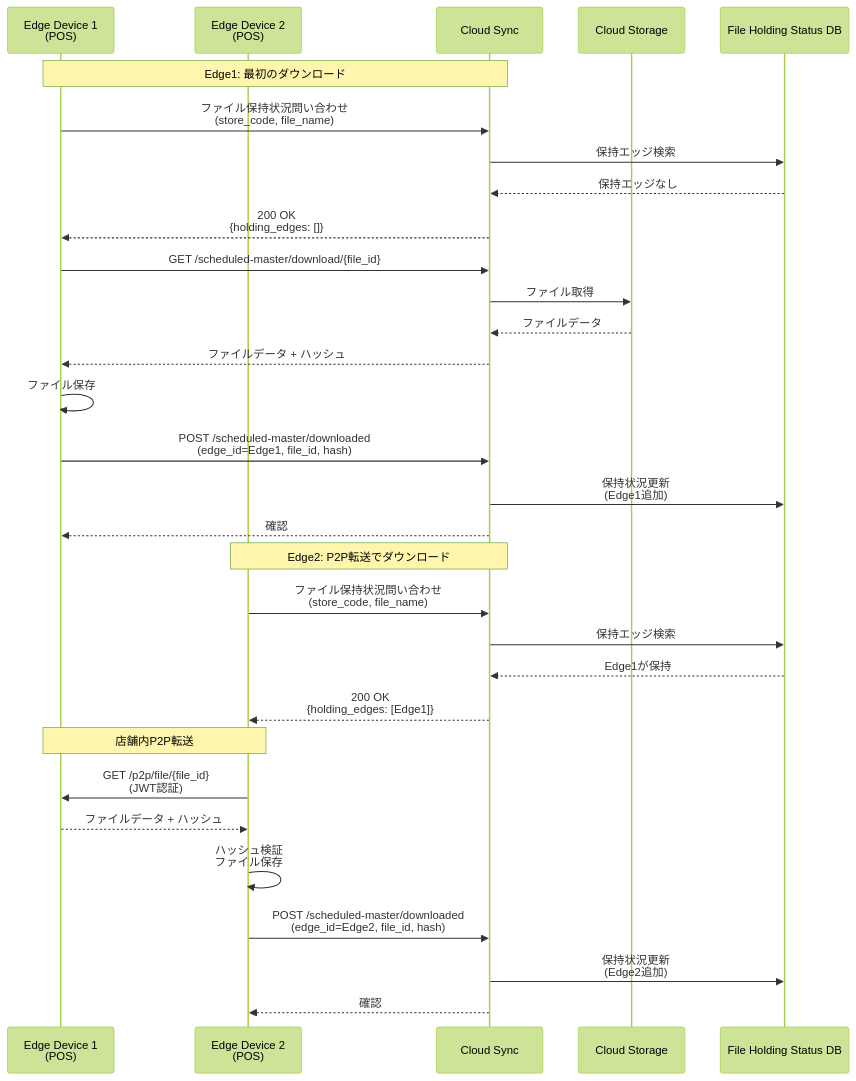
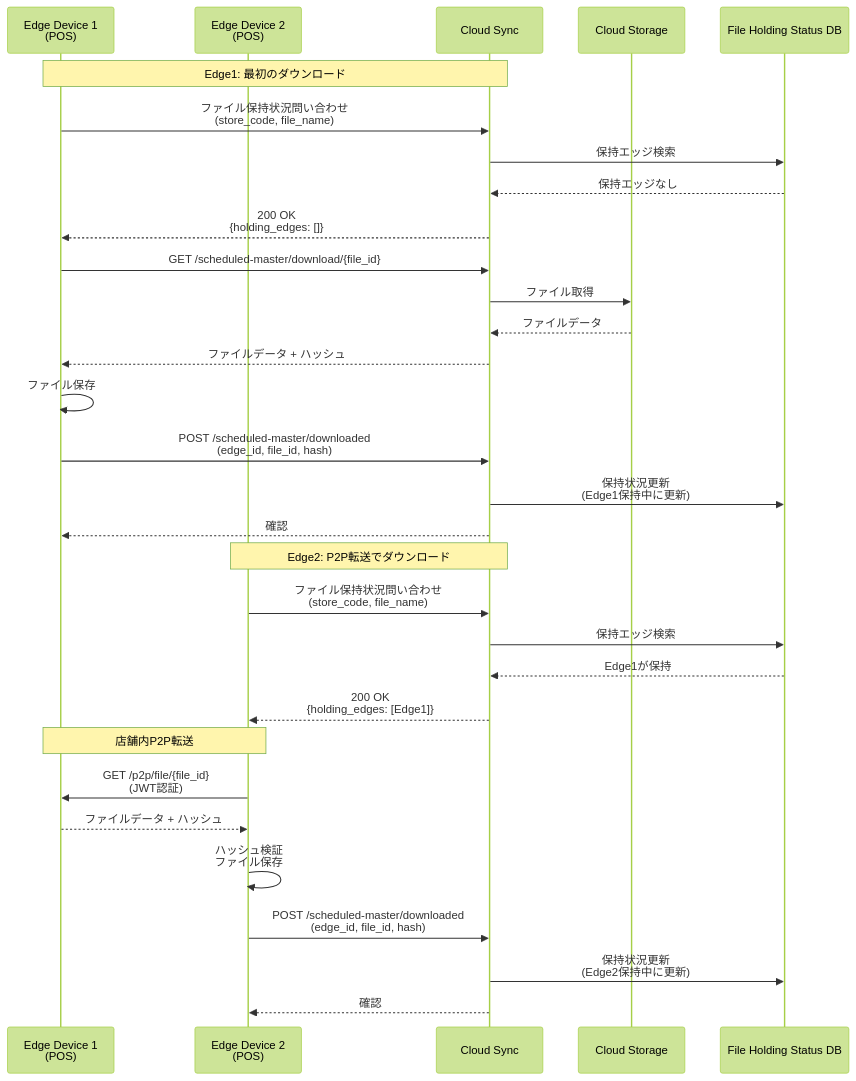
One commit to gaocuiping/kugelpos-stpos-docs-new changed diagram 14 of 22 in notes/1-sync/03_アーキテクチャー解説書.md. Above: the diagram before and after it, drawn with Mermaid (forest theme). The commit also changed other lines of this file and 2 other files, not shown here.

First line of the commit message:
Add master data integrity check and update edge_id naming convention

````diff
--- a/notes/1-sync/03_アーキテクチャー解説書.md
+++ b/notes/1-sync/03_アーキテクチャー解説書.md
@@ -373,46 +571,46 @@
 ```mermaid
 sequenceDiagram
     participant Edge1 as Edge Device 1<br/>(POS)
     participant Edge2 as Edge Device 2<br/>(POS)
     participant CloudSync as Cloud Sync
     participant CloudStorage as Cloud Storage
     participant FileHoldingDB as File Holding Status DB
 
     Note over Edge1,CloudSync: Edge1: 最初のダウンロード
 
     Edge1->>CloudSync: ファイル保持状況問い合わせ<br/>(store_code, file_name)
     CloudSync->>FileHoldingDB: 保持エッジ検索
     FileHoldingDB-->>CloudSync: 保持エッジなし
 
     CloudSync-->>Edge1: 200 OK<br/>{holding_edges: []}
 
     Edge1->>CloudSync: GET /scheduled-master/download/{file_id}
     CloudSync->>CloudStorage: ファイル取得
     CloudStorage-->>CloudSync: ファイルデータ
     CloudSync-->>Edge1: ファイルデータ + ハッシュ
 
     Edge1->>Edge1: ファイル保存
 
-    Edge1->>CloudSync: POST /scheduled-master/downloaded<br/>(edge_id=Edge1, file_id, hash)
-    CloudSync->>FileHoldingDB: 保持状況更新<br/>(Edge1追加)
+    Edge1->>CloudSync: POST /scheduled-master/downloaded<br/>(edge_id, file_id, hash)
+    CloudSync->>FileHoldingDB: 保持状況更新<br/>(Edge1保持中に更新)
     CloudSync-->>Edge1: 確認
 
     Note over Edge2,CloudSync: Edge2: P2P転送でダウンロード
 
     Edge2->>CloudSync: ファイル保持状況問い合わせ<br/>(store_code, file_name)
     CloudSync->>FileHoldingDB: 保持エッジ検索
     FileHoldingDB-->>CloudSync: Edge1が保持
 
     CloudSync-->>Edge2: 200 OK<br/>{holding_edges: [Edge1]}
 
     Note over Edge2,Edge1: 店舗内P2P転送
 
     Edge2->>Edge1: GET /p2p/file/{file_id}<br/>(JWT認証)
     Edge1-->>Edge2: ファイルデータ + ハッシュ
 
     Edge2->>Edge2: ハッシュ検証<br/>ファイル保存
 
-    Edge2->>CloudSync: POST /scheduled-master/downloaded<br/>(edge_id=Edge2, file_id, hash)
-    CloudSync->>FileHoldingDB: 保持状況更新<br/>(Edge2追加)
+    Edge2->>CloudSync: POST /scheduled-master/downloaded<br/>(edge_id, file_id, hash)
+    CloudSync->>FileHoldingDB: 保持状況更新<br/>(Edge2保持中に更新)
     CloudSync-->>Edge2: 確認
 ```
````
